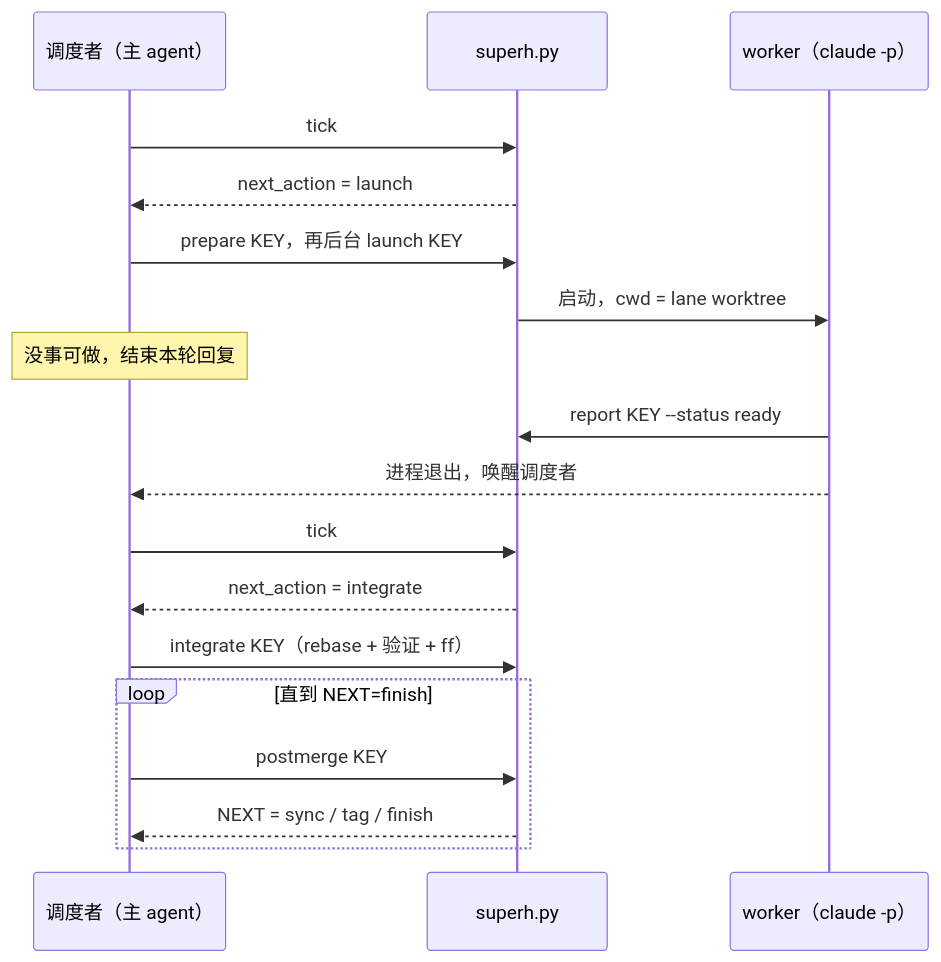
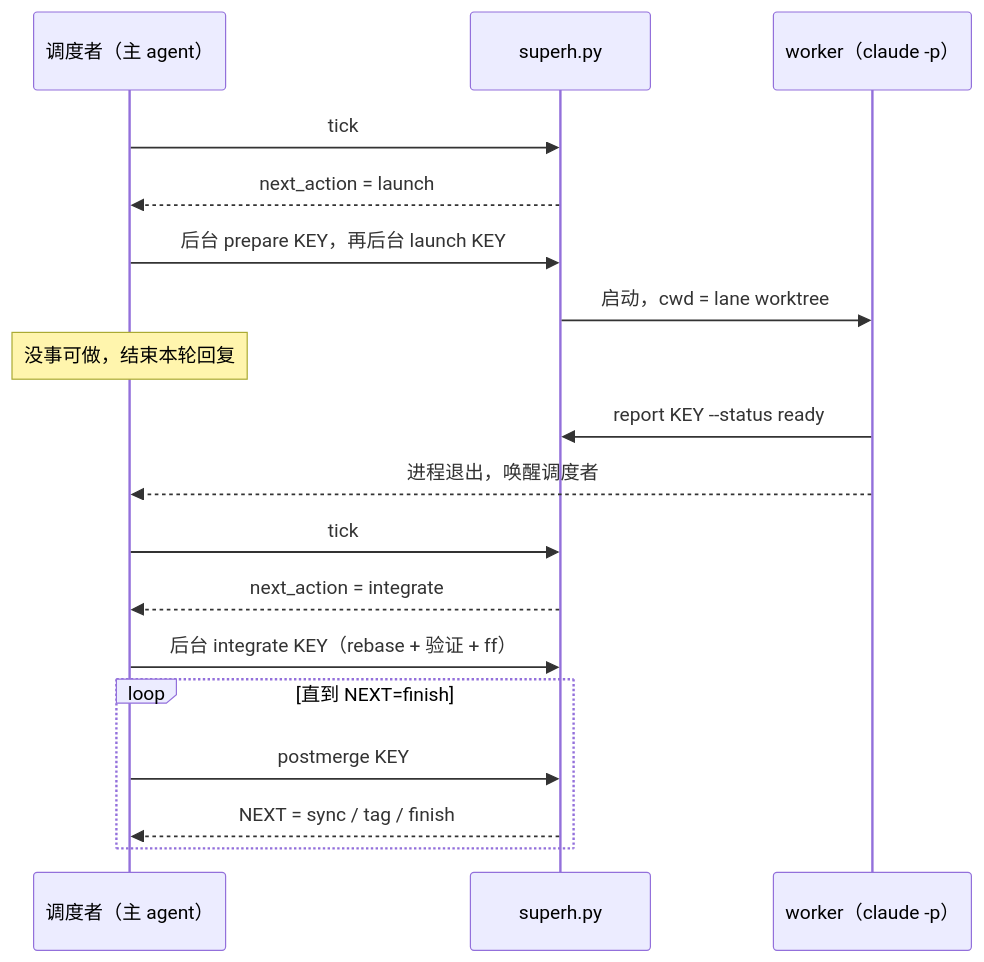
One commit to Niutie/my-cc-plugin changed the second of 3 diagrams in plugins/super-harness/README.md. Above: the diagram before and after it, drawn with Mermaid. The commit also changed other lines of this file and 3 other files, not shown here.

First line of the commit message:
docs(super-harness): README、架构文档和 HTML 图文版同步到 0.3.1

````diff
--- a/plugins/super-harness/README.md
+++ b/plugins/super-harness/README.md
@@ -42,20 +42,20 @@
 ```mermaid
 sequenceDiagram
   participant D as 调度者（主 agent）
   participant S as superh.py
   participant W as worker（claude -p）
   D->>S: tick
   S-->>D: next_action = launch
-  D->>S: prepare KEY，再后台 launch KEY
+  D->>S: 后台 prepare KEY，再后台 launch KEY
   S->>W: 启动，cwd = lane worktree
   Note over D: 没事可做，结束本轮回复
   W->>S: report KEY --status ready
   W-->>D: 进程退出，唤醒调度者
   D->>S: tick
   S-->>D: next_action = integrate
-  D->>S: integrate KEY（rebase + 验证 + ff）
+  D->>S: 后台 integrate KEY（rebase + 验证 + ff）
   loop 直到 NEXT=finish
     D->>S: postmerge KEY
     S-->>D: NEXT = sync / tag / finish
   end
 ```
````
